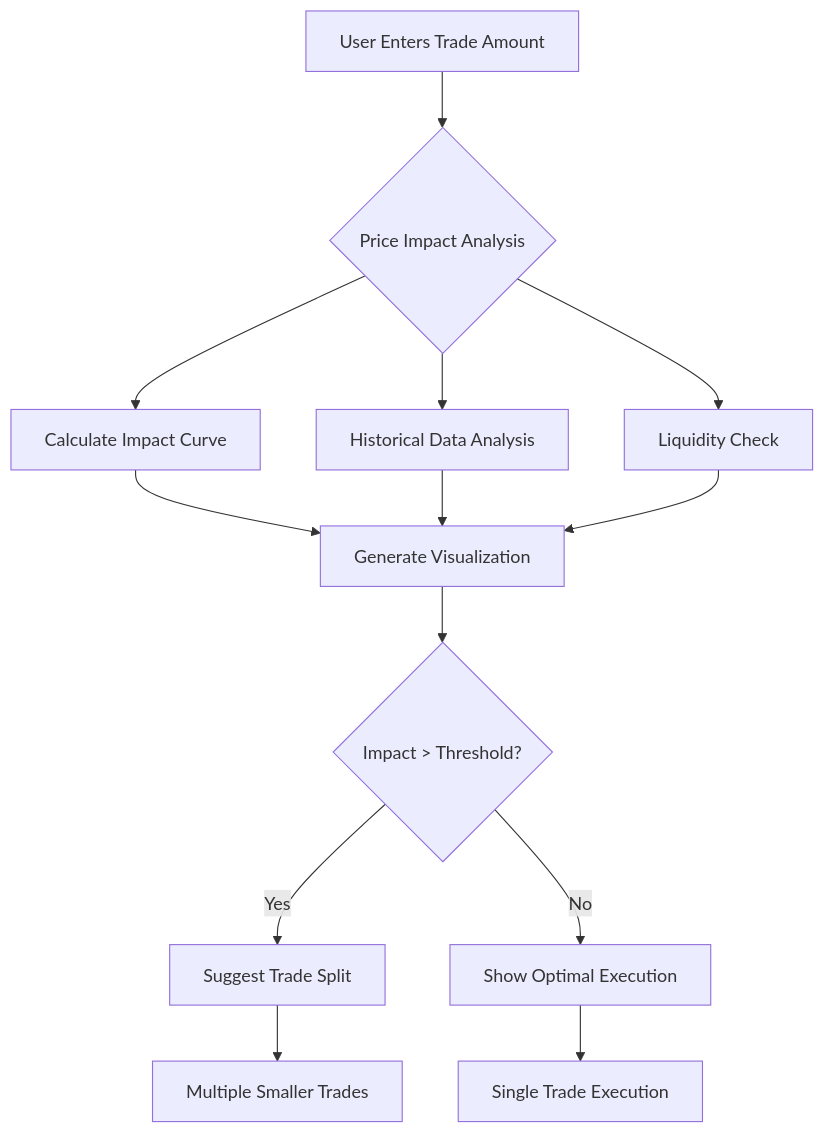
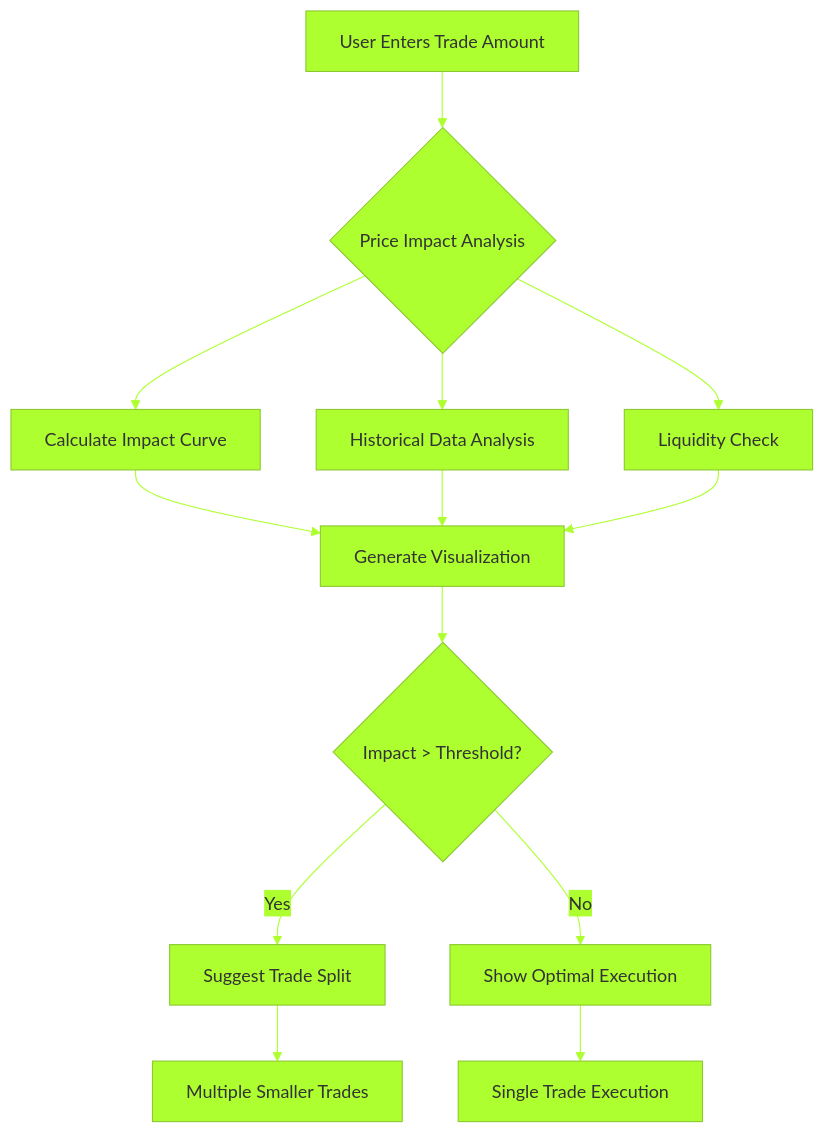
Before and after one commit to peachtutu/prep: the diagram in 2.2-integrated-okx-dex-integrated-proposal.md, drawn with Mermaid.

````diff
--- a/2.2-integrated-okx-dex-integrated-proposal.md
+++ b/2.2-integrated-okx-dex-integrated-proposal.md
@@ -38,18 +38,20 @@
 ```mermaid
+%%{init: {"theme": "base", "themeVariables": {"primaryColor": "#ADFF2F", "edgeLabelBackground":"#ADFF2F", "tertiaryColor": "#ADFF2F", "secondaryColor": "#ADFF2F", "lineColor": "#ADFF2F", "fontSize": "16px"}}}%%
 flowchart TD
     A[User Enters Trade Amount] --> B{Price Impact Analysis}
     B --> C[Calculate Impact Curve]
     B --> D[Historical Data Analysis]
     B --> E[Liquidity Check]
     
     C --> F[Generate Visualization]
     D --> F
     E --> F
     
     F --> G{Impact > Threshold?}
     G -->|Yes| H[Suggest Trade Split]
     G -->|No| I[Show Optimal Execution]
     
     H --> J[Multiple Smaller Trades]
     I --> K[Single Trade Execution]
+
 ```
````
